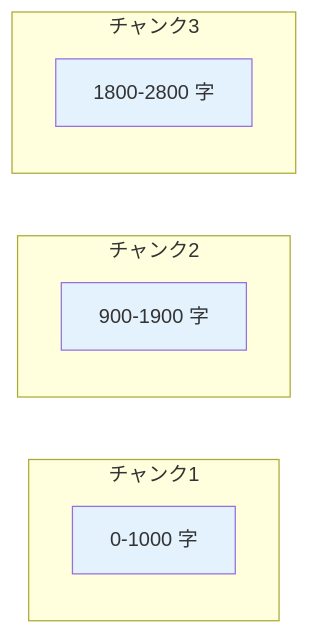
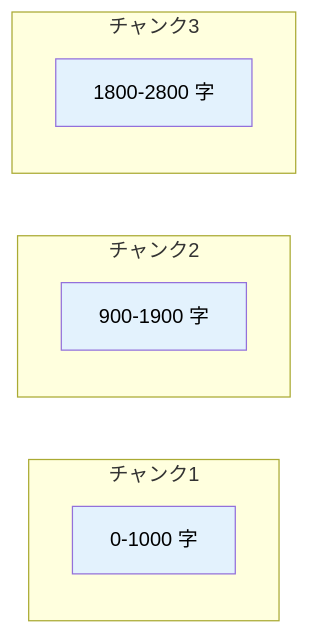
The second of 2 diagrams in docs/techniques/rag-のチャンクサイズを選ぶ基準.md (dinekt/dinekt-wiki), drawn with Mermaid before and after one commit. The commit also changed other lines of this file and 71 other files, not shown here.

First line of the commit message:
fix: mermaid readability + remove GitHub repo toolbar

````diff
--- a/docs/techniques/rag-のチャンクサイズを選ぶ基準.md
+++ b/docs/techniques/rag-のチャンクサイズを選ぶ基準.md
@@ -52,16 +52,16 @@
 ```mermaid
 flowchart LR
     subgraph チャンク1
       A[0-1000 字]
     end
     subgraph チャンク2
       B[900-1900 字]
     end
     subgraph チャンク3
       C[1800-2800 字]
     end
 
-    style A fill:#e3f2fd
-    style B fill:#e3f2fd
-    style C fill:#e3f2fd
+    style A fill:#e3f2fd,color:#000
+    style B fill:#e3f2fd,color:#000
+    style C fill:#e3f2fd,color:#000
 ```
````
